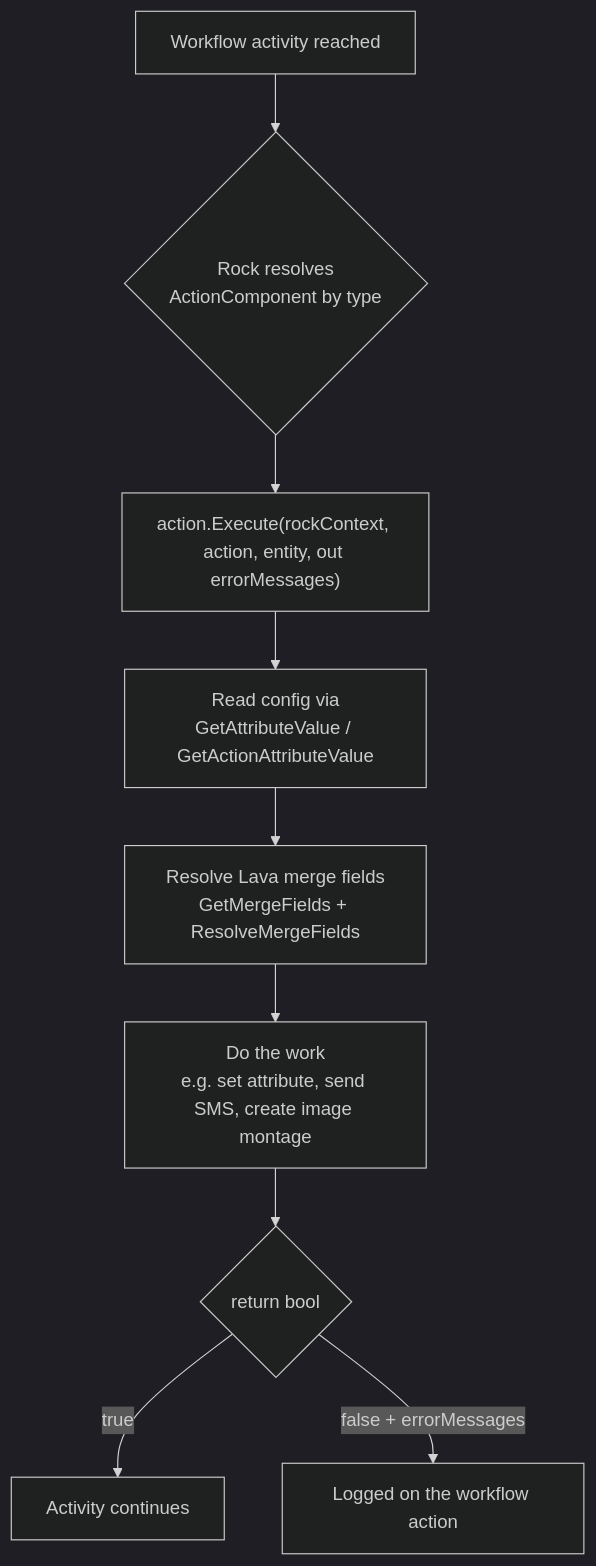
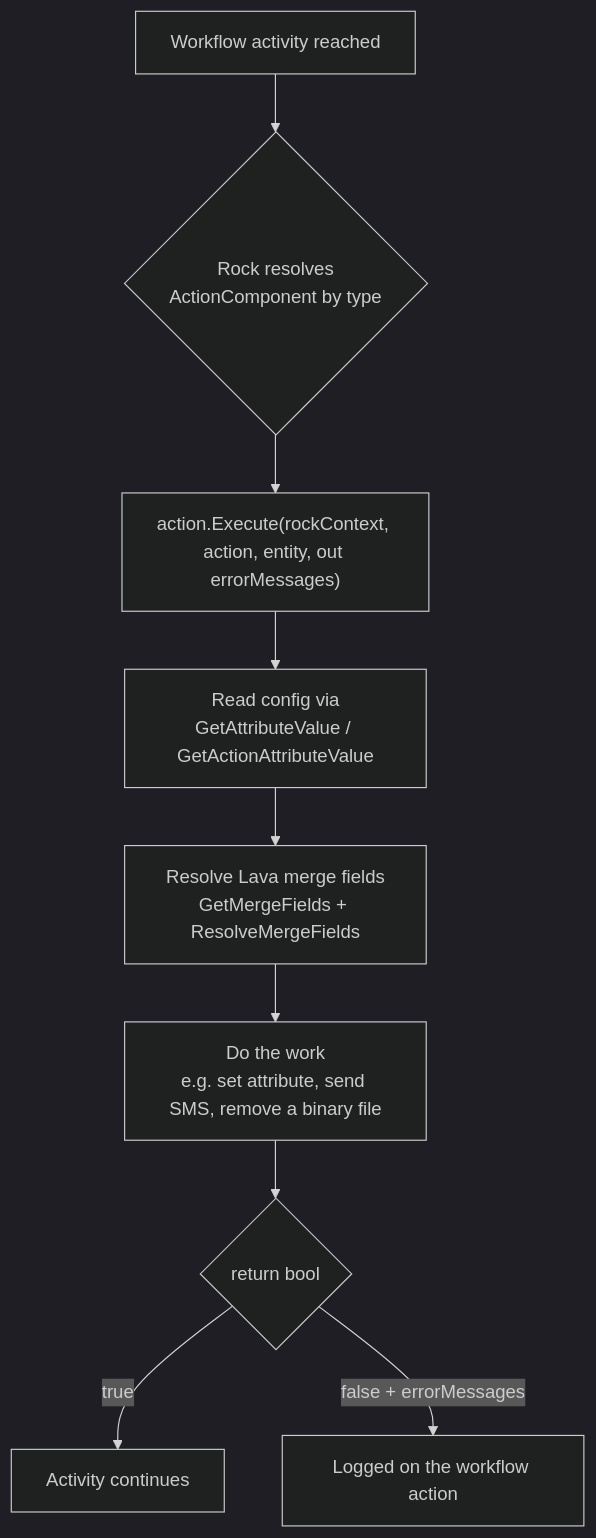
Before and after one commit to secc/RockPlugins: the diagram in Plugins/org.secc.Workflow/README.md, drawn with Mermaid (dark theme).

Commit message:
ROCK-8696: fix stale image-montage example in README flowchart
The workflow-engine mermaid diagram still cited 'create image montage' as an example action after the ImageMontage action was removed. Swap to a surviving example (remove a binary file).

````diff
--- a/Plugins/org.secc.Workflow/README.md
+++ b/Plugins/org.secc.Workflow/README.md
@@ -34,11 +34,11 @@
 ```mermaid
 flowchart TD
     A[Workflow activity reached] --> B{Rock resolves<br/>ActionComponent by type}
     B --> C["action.Execute(rockContext, action, entity, out errorMessages)"]
     C --> D[Read config via<br/>GetAttributeValue / GetActionAttributeValue]
     D --> E[Resolve Lava merge fields<br/>GetMergeFields + ResolveMergeFields]
-    E --> F[Do the work<br/>e.g. set attribute, send SMS, create image montage]
+    E --> F[Do the work<br/>e.g. set attribute, send SMS, remove a binary file]
     F --> G{return bool}
     G -->|true| H[Activity continues]
     G -->|false + errorMessages| I[Logged on the workflow action]
 ```
````
